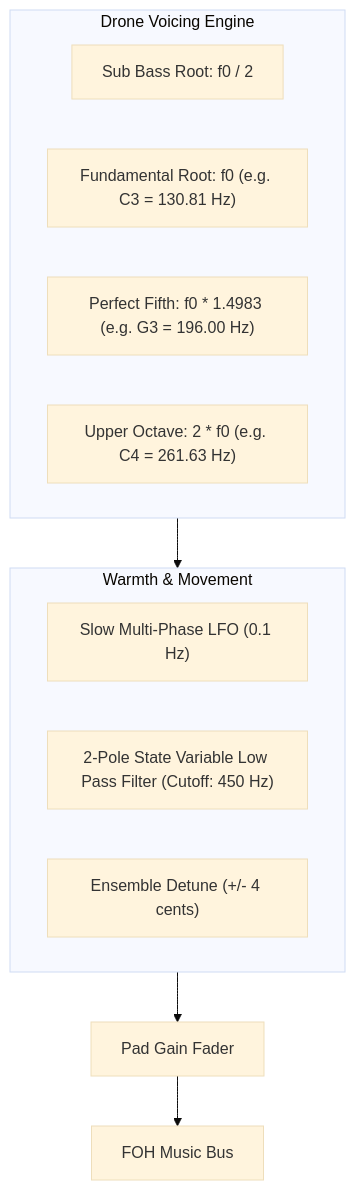
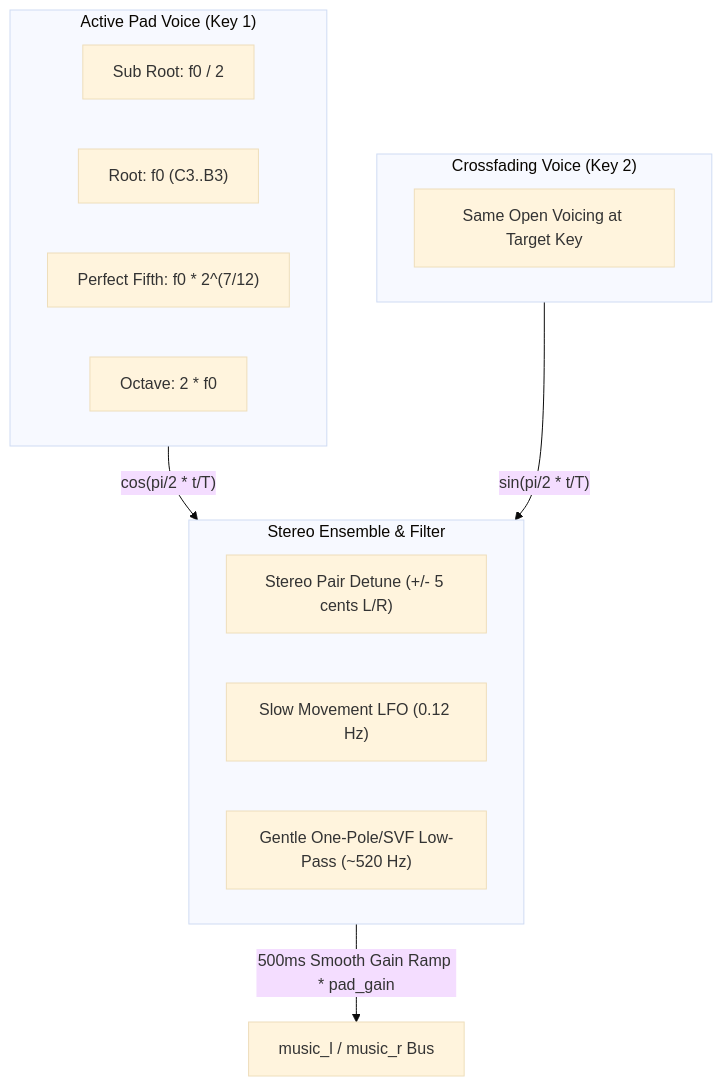
Before and after one commit to adedayo/psalm-stage: the diagram in openspec/specs/SPEC-007-CONTINUOUS-PADS.md, drawn with Mermaid (base theme). The commit also changed other lines of this file and 139 other files, not shown here.

````diff
--- a/openspec/specs/SPEC-007-CONTINUOUS-PADS.md
+++ b/openspec/specs/SPEC-007-CONTINUOUS-PADS.md
@@ -29,19 +31,23 @@
 ```mermaid
 graph TD
-    subgraph Voicing["Drone Voicing Engine"]
-        F1["Sub Bass Root: f0 / 2"]
-        F2["Fundamental Root: f0 (e.g. C3 = 130.81 Hz)"]
-        F3["Perfect Fifth: f0 * 1.4983 (e.g. G3 = 196.00 Hz)"]
-        F4["Upper Octave: 2 * f0 (e.g. C4 = 261.63 Hz)"]
+    subgraph VoiceA["Active Pad Voice (Key 1)"]
+        F1["Sub Root: f0 / 2"]
+        F2["Root: f0 (C3..B3)"]
+        F3["Perfect Fifth: f0 * 2^(7/12)"]
+        F4["Octave: 2 * f0"]
     end
 
-    subgraph Modulation["Warmth & Movement"]
-        LFO["Slow Multi-Phase LFO (0.1 Hz)"]
-        LPF["2-Pole State Variable Low Pass Filter (Cutoff: 450 Hz)"]
-        CHORUS["Ensemble Detune (+/- 4 cents)"]
+    subgraph VoiceB["Crossfading Voice (Key 2)"]
+        B1["Same Open Voicing at Target Key"]
     end
 
-    Voicing --> Modulation
-    Modulation --> Fader["Pad Gain Fader"]
-    Fader --> Bus["FOH Music Bus"]
+    subgraph Warmth["Stereo Ensemble & Filter"]
+        DETUNE["Stereo Pair Detune (+/- 5 cents L/R)"]
+        LFO["Slow Movement LFO (0.12 Hz)"]
+        LPF["Gentle One-Pole/SVF Low-Pass (~520 Hz)"]
+    end
+
+    VoiceA -->|"cos(pi/2 * t/T)"| Warmth
+    VoiceB -->|"sin(pi/2 * t/T)"| Warmth
+    Warmth -->|"500ms Smooth Gain Ramp * pad_gain"| Bus["music_l / music_r Bus"]
 ```
````
